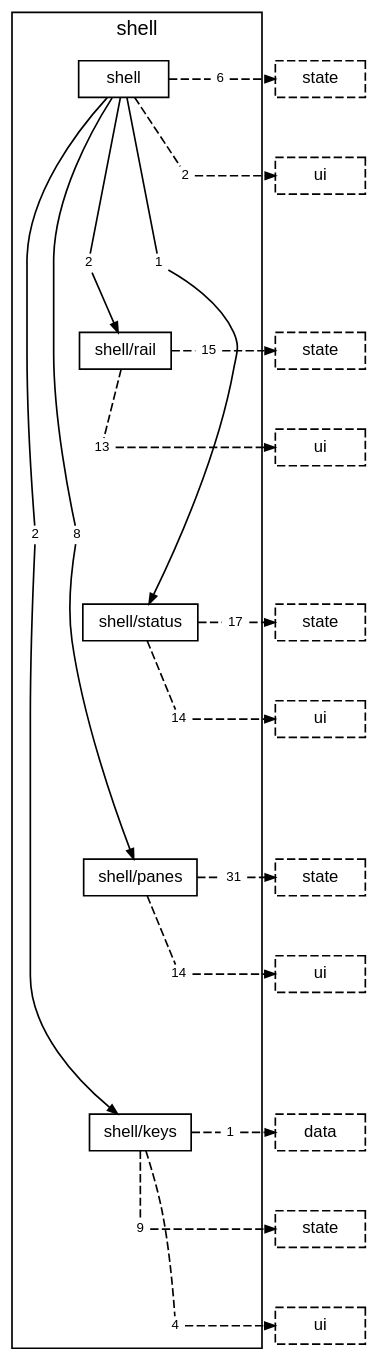
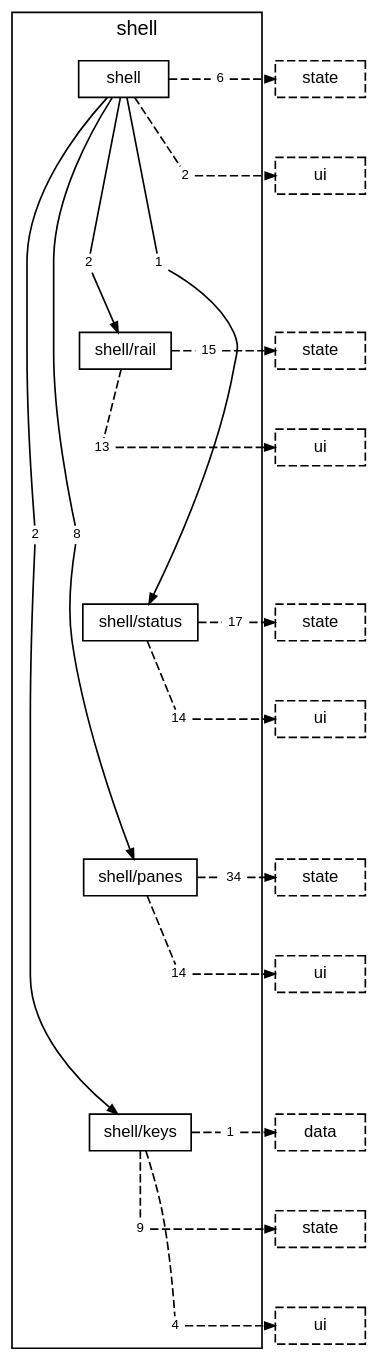
One commit to TheAxeC/oculus changed the diagram in docs/diagrams/layer-shell.dot. Above: the diagram before and after it, drawn with Graphviz. The commit also changed 182 other files, not shown here.

```diff
--- a/docs/diagrams/layer-shell.dot
+++ b/docs/diagrams/layer-shell.dot
@@ -1,84 +1,84 @@
 digraph layer_shell {
     graph [bgcolor="transparent", rankdir=TB, newrank=true, fontname="Helvetica,Arial,sans-serif", fontsize=12, nodesep=0.2, ranksep=0.5];
     node [shape=box, color="black", fontcolor="black", fontname="Helvetica,Arial,sans-serif", fontsize=10, height=0.3, margin="0.12,0.04"];
     edge [color="black", fontcolor="black", fontname="Helvetica,Arial,sans-serif", fontsize=8, arrowsize=0.6];
     subgraph "cluster_shell" {
         label="shell"; style=solid;
         "folder shell" [label="shell"];
         "folder shell/rail" [label="shell/rail"];
         "folder shell/status" [label="shell/status"];
         "folder shell/panes" [label="shell/panes"];
         "folder shell/keys" [label="shell/keys"];
         "folder shell to folder shell/keys" [label="2", shape=box, color="transparent", fontsize=8, width=0, height=0, margin="0.04,0.02"];
         "folder shell to folder shell/panes" [label="8", shape=box, color="transparent", fontsize=8, width=0, height=0, margin="0.04,0.02"];
         "folder shell to folder shell/rail" [label="2", shape=box, color="transparent", fontsize=8, width=0, height=0, margin="0.04,0.02"];
         "folder shell to folder shell/status" [label="1", shape=box, color="transparent", fontsize=8, width=0, height=0, margin="0.04,0.02"];
         "folder shell to layer state" [label="6", shape=box, color="transparent", fontsize=8, width=0, height=0, margin="0.04,0.02"];
         "folder shell to layer ui" [label="2", shape=box, color="transparent", fontsize=8, width=0, height=0, margin="0.04,0.02"];
         "folder shell/rail to layer state" [label="15", shape=box, color="transparent", fontsize=8, width=0, height=0, margin="0.04,0.02"];
         "folder shell/rail to layer ui" [label="13", shape=box, color="transparent", fontsize=8, width=0, height=0, margin="0.04,0.02"];
         "folder shell/status to layer state" [label="17", shape=box, color="transparent", fontsize=8, width=0, height=0, margin="0.04,0.02"];
         "folder shell/status to layer ui" [label="14", shape=box, color="transparent", fontsize=8, width=0, height=0, margin="0.04,0.02"];
-        "folder shell/panes to layer state" [label="31", shape=box, color="transparent", fontsize=8, width=0, height=0, margin="0.04,0.02"];
+        "folder shell/panes to layer state" [label="34", shape=box, color="transparent", fontsize=8, width=0, height=0, margin="0.04,0.02"];
         "folder shell/panes to layer ui" [label="14", shape=box, color="transparent", fontsize=8, width=0, height=0, margin="0.04,0.02"];
         "folder shell/keys to layer data" [label="1", shape=box, color="transparent", fontsize=8, width=0, height=0, margin="0.04,0.02"];
         "folder shell/keys to layer state" [label="9", shape=box, color="transparent", fontsize=8, width=0, height=0, margin="0.04,0.02"];
         "folder shell/keys to layer ui" [label="4", shape=box, color="transparent", fontsize=8, width=0, height=0, margin="0.04,0.02"];
     }
     "layer state from folder shell" [label="state", style=dashed];
     "layer ui from folder shell" [label="ui", style=dashed];
     "layer state from folder shell/rail" [label="state", style=dashed];
     "layer ui from folder shell/rail" [label="ui", style=dashed];
     "layer state from folder shell/status" [label="state", style=dashed];
     "layer ui from folder shell/status" [label="ui", style=dashed];
     "layer state from folder shell/panes" [label="state", style=dashed];
     "layer ui from folder shell/panes" [label="ui", style=dashed];
     "layer data from folder shell/keys" [label="data", style=dashed];
     "layer state from folder shell/keys" [label="state", style=dashed];
     "layer ui from folder shell/keys" [label="ui", style=dashed];
     "folder shell" -> "folder shell/rail" [style=invis, weight=10, minlen=3];
     "folder shell/rail" -> "folder shell/status" [style=invis, weight=10, minlen=3];
     "folder shell/status" -> "folder shell/panes" [style=invis, weight=10, minlen=3];
     "folder shell/panes" -> "folder shell/keys" [style=invis, weight=10, minlen=3];
     "folder shell" -> "folder shell to folder shell/keys" [arrowhead=none, minlen=5, weight=10];
     "folder shell to folder shell/keys" -> "folder shell/keys" [];
     "folder shell" -> "folder shell to folder shell/panes" [arrowhead=none, minlen=5, weight=10];
     "folder shell to folder shell/panes" -> "folder shell/panes" [];
     "folder shell" -> "folder shell to folder shell/rail" [arrowhead=none, minlen=2, weight=10];
     "folder shell to folder shell/rail" -> "folder shell/rail" [];
     "folder shell" -> "folder shell to folder shell/status" [arrowhead=none, minlen=2, weight=10];
     "folder shell to folder shell/status" -> "folder shell/status" [];
     "folder shell" -> "folder shell to layer state" [arrowhead=none, style=dashed];
     "folder shell to layer state" -> "layer state from folder shell" [style=dashed];
     { rank=same; "folder shell"; "folder shell to layer state"; "layer state from folder shell"; }
     "folder shell" -> "folder shell to layer ui" [arrowhead=none, style=dashed, minlen=1, weight=10];
     "folder shell to layer ui" -> "layer ui from folder shell" [style=dashed];
     { rank=same; "folder shell to layer ui"; "layer ui from folder shell"; }
     "folder shell/rail" -> "folder shell/rail to layer state" [arrowhead=none, style=dashed];
     "folder shell/rail to layer state" -> "layer state from folder shell/rail" [style=dashed];
     { rank=same; "folder shell/rail"; "folder shell/rail to layer state"; "layer state from folder shell/rail"; }
     "folder shell/rail" -> "folder shell/rail to layer ui" [arrowhead=none, style=dashed, minlen=1, weight=10];
     "folder shell/rail to layer ui" -> "layer ui from folder shell/rail" [style=dashed];
     { rank=same; "folder shell/rail to layer ui"; "layer ui from folder shell/rail"; }
     "folder shell/status" -> "folder shell/status to layer state" [arrowhead=none, style=dashed];
     "folder shell/status to layer state" -> "layer state from folder shell/status" [style=dashed];
     { rank=same; "folder shell/status"; "folder shell/status to layer state"; "layer state from folder shell/status"; }
     "folder shell/status" -> "folder shell/status to layer ui" [arrowhead=none, style=dashed, minlen=1, weight=10];
     "folder shell/status to layer ui" -> "layer ui from folder shell/status" [style=dashed];
     { rank=same; "folder shell/status to layer ui"; "layer ui from folder shell/status"; }
     "folder shell/panes" -> "folder shell/panes to layer state" [arrowhead=none, style=dashed];
     "folder shell/panes to layer state" -> "layer state from folder shell/panes" [style=dashed];
     { rank=same; "folder shell/panes"; "folder shell/panes to layer state"; "layer state from folder shell/panes"; }
     "folder shell/panes" -> "folder shell/panes to layer ui" [arrowhead=none, style=dashed, minlen=1, weight=10];
     "folder shell/panes to layer ui" -> "layer ui from folder shell/panes" [style=dashed];
     { rank=same; "folder shell/panes to layer ui"; "layer ui from folder shell/panes"; }
     "folder shell/keys" -> "folder shell/keys to layer data" [arrowhead=none, style=dashed];
     "folder shell/keys to layer data" -> "layer data from folder shell/keys" [style=dashed];
     { rank=same; "folder shell/keys"; "folder shell/keys to layer data"; "layer data from folder shell/keys"; }
     "folder shell/keys" -> "folder shell/keys to layer state" [arrowhead=none, style=dashed, minlen=1, weight=10];
     "folder shell/keys to layer state" -> "layer state from folder shell/keys" [style=dashed];
     { rank=same; "folder shell/keys to layer state"; "layer state from folder shell/keys"; }
     "folder shell/keys" -> "folder shell/keys to layer ui" [arrowhead=none, style=dashed, minlen=2, weight=10];
     "folder shell/keys to layer ui" -> "layer ui from folder shell/keys" [style=dashed];
     { rank=same; "folder shell/keys to layer ui"; "layer ui from folder shell/keys"; }
 }
```
